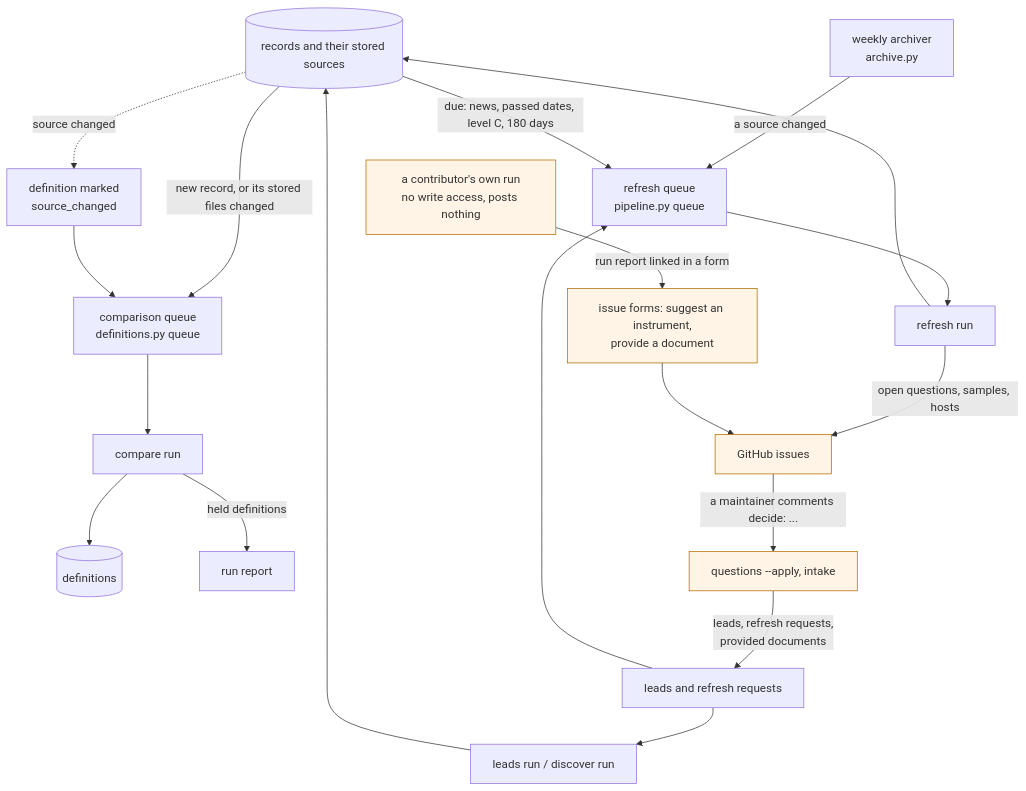
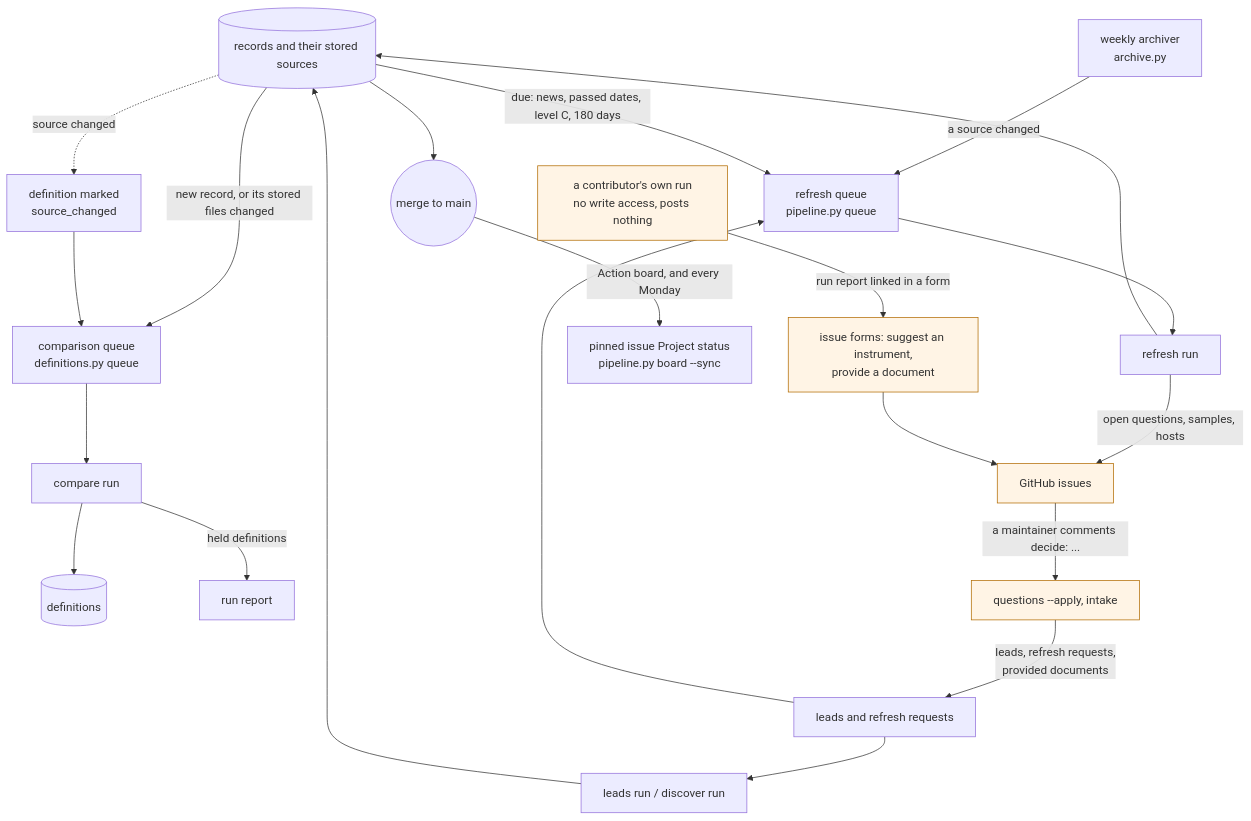
Before and after one commit to kelkalot/ai-safety-policy-register: the third of 4 diagrams in pipeline/flow.md, drawn with Mermaid. The commit also changed other lines of this file and 6 other files, not shown here.

First line of the commit message:
A pinned Project status issue, generated from the repository and GitHub

````diff
--- a/pipeline/flow.md
+++ b/pipeline/flow.md
@@ -63,24 +64,26 @@
 ```mermaid
 flowchart TD
     rec[("records and their stored sources")]
     arch["weekly archiver<br/>archive.py"] -- "a source changed" --> rq
     rec -- "due: news, passed dates, level C, 180 days" --> rq["refresh queue<br/>pipeline.py queue"]
     rq --> FIND["refresh run"]
     FIND --> rec
     rec -- "new record, or its stored files changed" --> cq["comparison queue<br/>definitions.py queue"]
     cq --> COMP["compare run"]
     COMP --> defs[("definitions")]
     rec -. "source changed" .-> mark["definition marked<br/>source_changed"]
     mark --> cq
     FIND -- "open questions, samples, hosts" --> gh["GitHub issues"]
     COMP -- "held definitions" --> rep["run report"]
     gh -- "a maintainer comments decide: ..." --> apply["questions --apply, intake"]
     users["issue forms: suggest an instrument,<br/>provide a document"] --> gh
     contrib["a contributor's own run<br/>no write access, posts nothing"] -- "run report linked in a form" --> users
     apply -- "leads, refresh requests,<br/>provided documents" --> lq["leads and refresh requests"]
     lq --> rq
     lq --> leads["leads run / discover run"]
     leads --> rec
+    main(("merge to main")) -- "Action board, and every Monday" --> statusissue["pinned issue Project status<br/>pipeline.py board --sync"]
+    rec --> main
     classDef human fill:#fff4e5,stroke:#b26b00
     class gh,apply,users,contrib human
 ```
````
